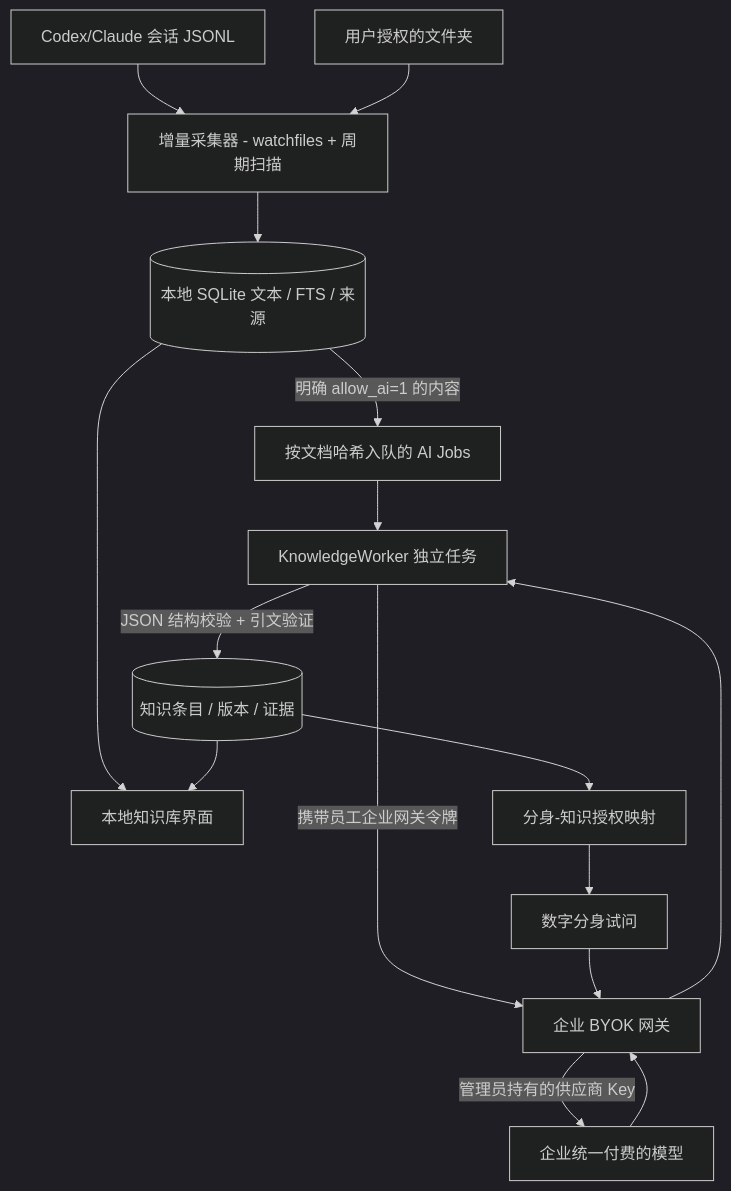
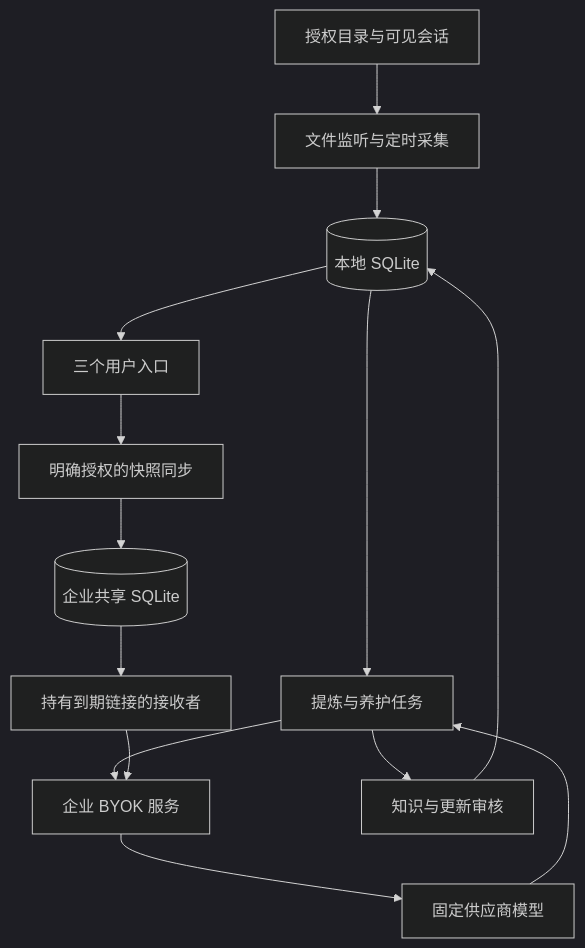
The diagram in worktwin-collector/docs/ARCHITECTURE.md (KirenHu/AI-coding), drawn with Mermaid (dark theme) before and after one commit. The commit also changed other lines of this file and 49 other files, not shown here.

First line of the commit message:
feat(worktwin): release 1.0 maintained knowledge and enterprise sharing

````diff
--- a/worktwin-collector/docs/ARCHITECTURE.md
+++ b/worktwin-collector/docs/ARCHITECTURE.md
@@ -7,17 +5,16 @@
 ```mermaid
 flowchart TB
-  Codex[Codex/Claude 会话 JSONL] --> Collector
-  Folder[用户授权的文件夹] --> Collector
-  Collector[增量采集器 - watchfiles + 周期扫描] --> DB[(本地 SQLite 文本 / FTS / 来源)]
-  DB -->|明确 allow_ai=1 的内容| Queue[按文档哈希入队的 AI Jobs]
-  Queue --> Worker[KnowledgeWorker 独立任务]
-  Worker -->|携带员工企业网关令牌| Gateway[企业 BYOK 网关]
-  Gateway -->|管理员持有的供应商 Key| LLM[企业统一付费的模型]
-  LLM --> Gateway --> Worker
-  Worker -->|JSON 结构校验 + 引文验证| KB[(知识条目 / 版本 / 证据)]
-  DB --> UI[本地知识库界面]
-  KB --> UI
-  KB --> ACL[分身-知识授权映射]
-  ACL --> Ask[数字分身试问]
-  Ask --> Gateway
+  Sources[授权目录与可见会话] --> Collector[文件监听与定时采集]
+  Collector --> Local[(本地 SQLite)]
+  Local --> Worker[提炼与养护任务]
+  Worker --> Enterprise[企业 BYOK 服务]
+  Enterprise --> Model[固定供应商模型]
+  Model --> Worker
+  Worker --> Review[知识与更新审核]
+  Review --> Local
+  Local --> UI[三个用户入口]
+  UI --> Publisher[明确授权的快照同步]
+  Publisher --> Shared[(企业共享 SQLite)]
+  Shared --> Recipient[持有到期链接的接收者]
+  Recipient --> Enterprise
 ```
````
